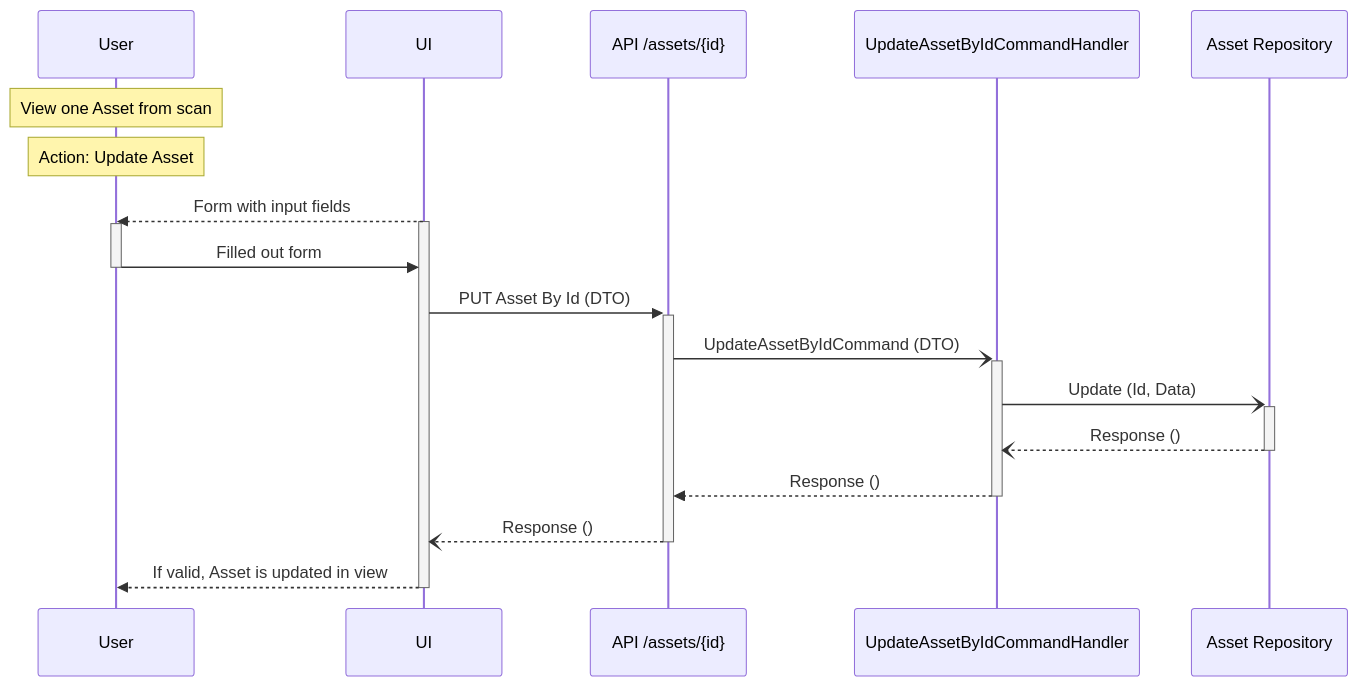
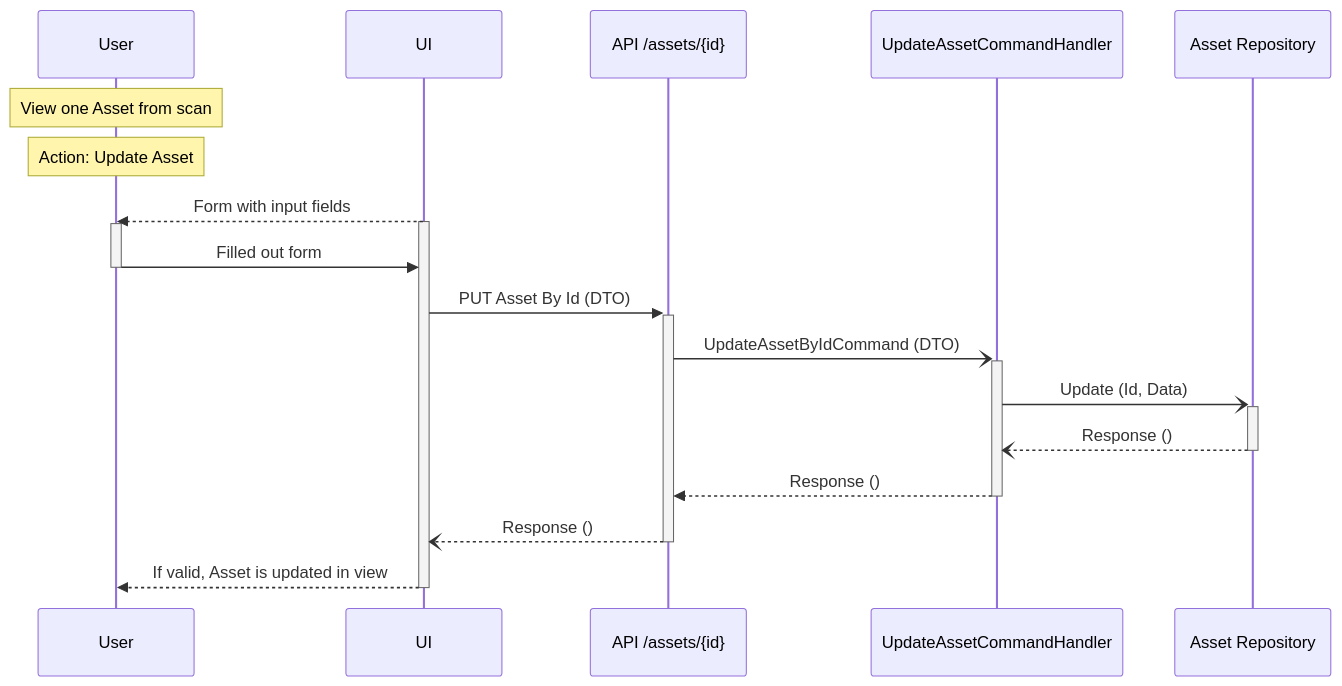
The third of 3 diagrams in docs/sequence-diagrams/update-asset.md (livun/bouvet-asset-hub), drawn with Mermaid before and after one commit. The commit also changed other lines of this file and 18 other files, not shown here.

Commit message:
asset commands, handlers, api, repos

````diff
--- a/docs/sequence-diagrams/update-asset.md
+++ b/docs/sequence-diagrams/update-asset.md
@@ -54,18 +54,18 @@
 ```mermaid
 sequenceDiagram
     Note over User : View one Asset from scan
     Note over User: Action: Update Asset
     UI -->> User : Form with input fields
     Activate UI
     Activate User
         User ->> UI : Filled out form 
     Deactivate User
             UI ->>+ API /assets/{id}: PUT Asset By Id (DTO)
-                API /assets/{id} -)+ UpdateAssetByIdCommandHandler : UpdateAssetByIdCommand (DTO)
-                    UpdateAssetByIdCommandHandler -)+ Asset Repository : Update (Id, Data)
-                    Asset Repository  --)- UpdateAssetByIdCommandHandler : Response ()
-                UpdateAssetByIdCommandHandler -->>- API /assets/{id} : Response ()
+                API /assets/{id} -)+ UpdateAssetCommandHandler : UpdateAssetByIdCommand (DTO)
+                    UpdateAssetCommandHandler -)+ Asset Repository : Update (Id, Data)
+                    Asset Repository  --)- UpdateAssetCommandHandler : Response ()
+                UpdateAssetCommandHandler -->>- API /assets/{id} : Response ()
             API /assets/{id} --)- UI  : Response ()
         UI -->> User : If valid, Asset is updated in view
     Deactivate UI     
 ```
````
